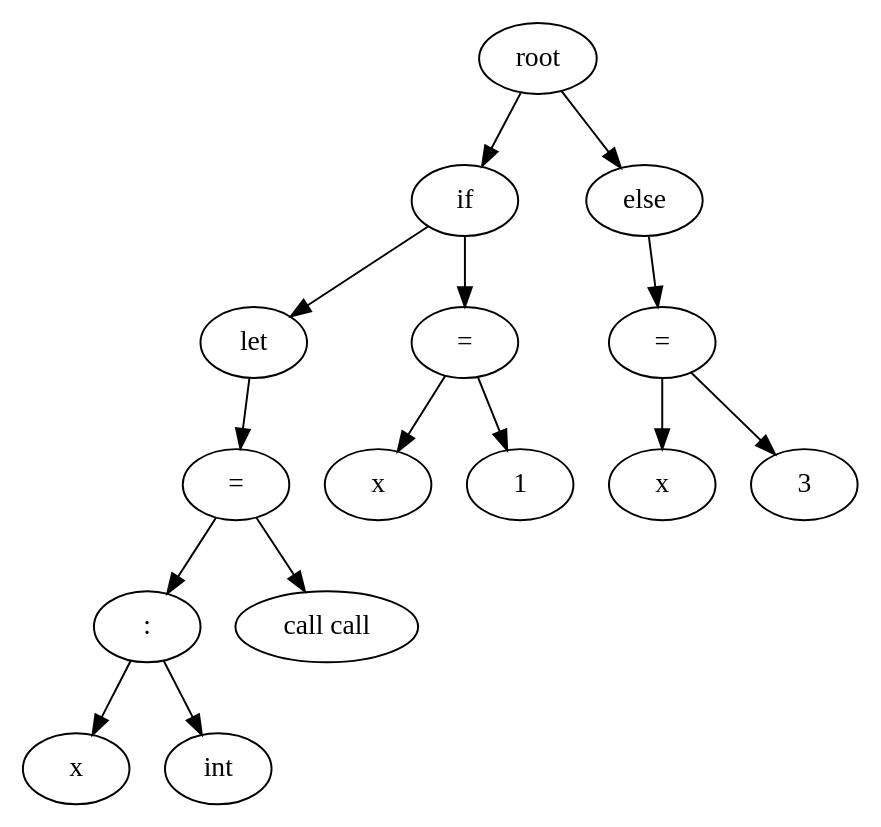
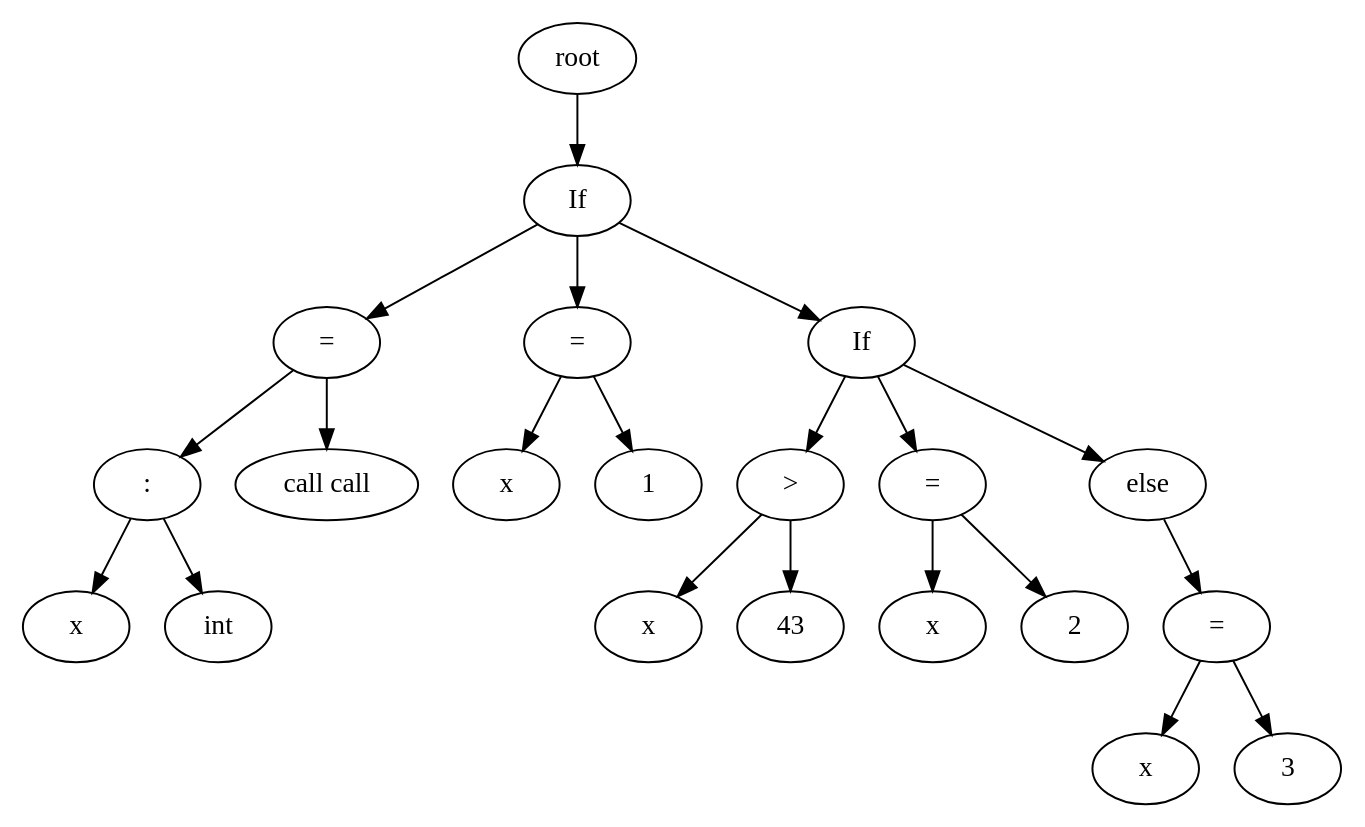
One commit to pranav-ap/wasp-lang changed the diagram in examples/module.dot. Above: the diagram before and after it, drawn with Graphviz. The commit also changed 10 other files, not shown here.

```diff
--- a/examples/module.dot
+++ b/examples/module.dot
@@ -1,31 +1,43 @@
 digraph G { 
  "0"   [label="root"]; 
- "1"   [label="if"]; 
+ "1"   [label="If"]; 
  "0" -> "1"; 
- "2"   [label="let"]; 
+ "2"   [label="="]; 
  "1" -> "2"; 
- "3"   [label="="]; 
+ "3"   [label=":"]; 
  "2" -> "3"; 
- "4"   [label=":"]; 
+ "4"   [label="x"]; 
  "3" -> "4"; 
- "5"   [label="x"]; 
- "4" -> "5"; 
- "6"   [label="int"]; 
- "4" -> "6"; 
- "7"   [label="call call"]; 
- "3" -> "7"; 
- "8"   [label="="]; 
- "1" -> "8"; 
- "9"   [label="x"]; 
- "8" -> "9"; 
- "10"   [label="1"]; 
- "8" -> "10"; 
- "11"   [label="else"]; 
- "0" -> "11"; 
- "12"   [label="="]; 
+ "5"   [label="int"]; 
+ "3" -> "5"; 
+ "6"   [label="call call"]; 
+ "2" -> "6"; 
+ "7"   [label="="]; 
+ "1" -> "7"; 
+ "8"   [label="x"]; 
+ "7" -> "8"; 
+ "9"   [label="1"]; 
+ "7" -> "9"; 
+ "10"   [label="If"]; 
+ "1" -> "10"; 
+ "11"   [label=">"]; 
+ "10" -> "11"; 
+ "12"   [label="x"]; 
  "11" -> "12"; 
- "13"   [label="x"]; 
- "12" -> "13"; 
- "14"   [label="3"]; 
- "12" -> "14"; 
+ "13"   [label="43"]; 
+ "11" -> "13"; 
+ "14"   [label="="]; 
+ "10" -> "14"; 
+ "15"   [label="x"]; 
+ "14" -> "15"; 
+ "16"   [label="2"]; 
+ "14" -> "16"; 
+ "17"   [label="else"]; 
+ "10" -> "17"; 
+ "18"   [label="="]; 
+ "17" -> "18"; 
+ "19"   [label="x"]; 
+ "18" -> "19"; 
+ "20"   [label="3"]; 
+ "18" -> "20"; 
  }
```
